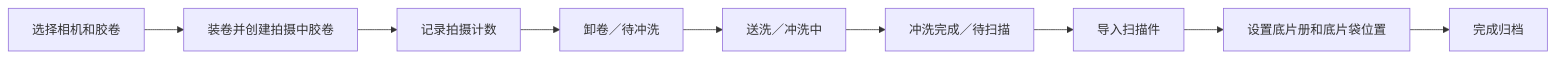
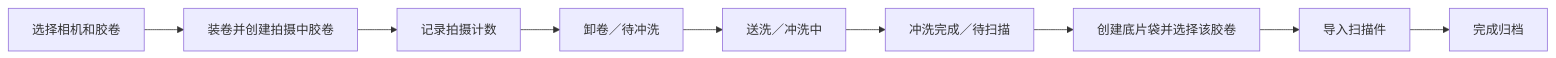
One commit to pluto037/FilmManage changed the second of 4 diagrams in 胶片管理应用-产品与系统设计文档.md. Above: the diagram before and after it, drawn with Mermaid. The commit also changed other lines of this file and 1 other file, not shown here.

````diff
--- a/胶片管理应用-产品与系统设计文档.md
+++ b/胶片管理应用-产品与系统设计文档.md
@@ -356,11 +367,11 @@
 ```mermaid
 flowchart LR
     A["选择相机和胶卷"] --> B["装卷并创建拍摄中胶卷"]
     B --> C["记录拍摄计数"]
     C --> D["卸卷／待冲洗"]
     D --> E["送洗／冲洗中"]
     E --> F["冲洗完成／待扫描"]
-    F --> G["导入扫描件"]
-    G --> H["设置底片册和底片袋位置"]
+    F --> G["创建底片袋并选择该胶卷"]
+    G --> H["导入扫描件"]
     H --> I["完成归档"]
 ```
````
